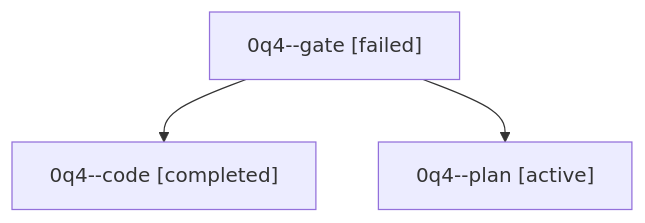
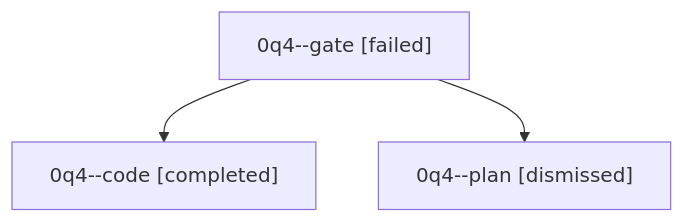
One commit to sase-org/sase--agents changed the diagram in sessions/bbugyi200.athena.0q4.md. Above: the diagram before and after it, drawn with Mermaid. The commit also changed other lines of this file and 28 other files, not shown here.

````diff
--- a/sessions/bbugyi200.athena.0q4.md
+++ b/sessions/bbugyi200.athena.0q4.md
@@ -9,8 +9,8 @@
 ```mermaid
 flowchart TD
   n0["0q4--gate [failed]"]
   n1["0q4--code [completed]"]
   n0 --> n1
-  n2["0q4--plan [active]"]
+  n2["0q4--plan [dismissed]"]
   n0 --> n2
 ```
````
